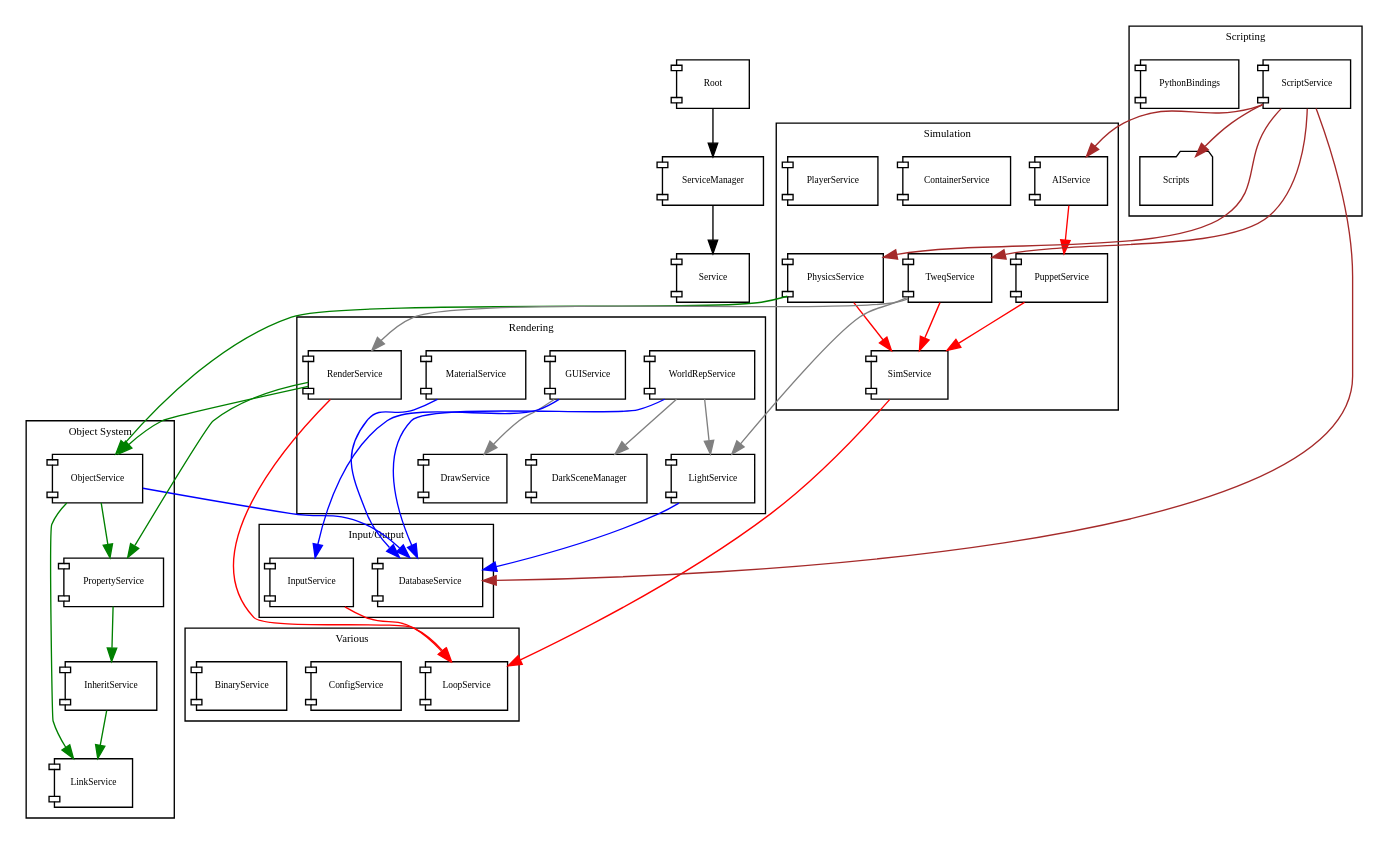
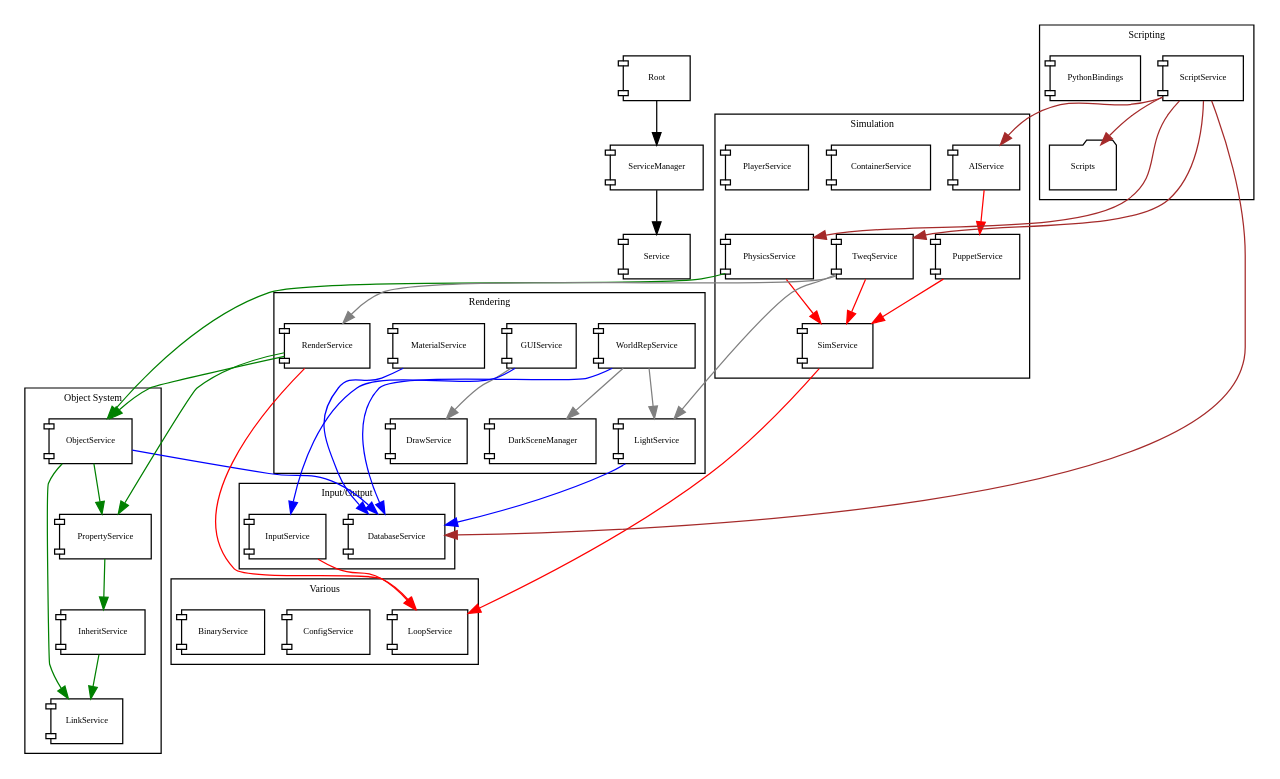
One commit to volca02/openDarkEngine changed the diagram in doc/src/overview.dot. Above: the diagram before and after it, drawn with Graphviz. The commit also changed 3 other files, not shown here.

```diff
--- a/doc/src/overview.dot
+++ b/doc/src/overview.dot
@@ -1,149 +1,150 @@
 digraph G {
 	fontname = "Bitstream Vera Sans"
 	fontsize = 8
+	size = "13,13"
 	
 	node [
 		fontname = "Bitstream Vera Sans"
 		fontsize = 7
 		shape = "component"	
 	]
 	
 	edge [
 		fontname = "Bitstream Vera Sans"
 		fontsize = 7
 	]
 	
 	Root [
 		label = "Root"
 	]
 		
 	ServiceManager [
 		label = "ServiceManager"
 	]
 		
 	Service [
 		label = "Service"
 	]	
 	
 		
 	subgraph clusterObjSys {
 		label = "Object System"
 		
 		ObjectService 
 		PropertyService
 		LinkService
 		InheritService
 	}
 	
 	subgraph clusterRender {
 		label = "Rendering"
 		
 		RenderService
 		WorldRepService
 		LightService
 		MaterialService
 		DarkSceneManager
 		GUIService
 		DrawService
 	}
 	
 	subgraph clusterIO {
 		label = "Input/Output"
 		
 		DatabaseService
 		InputService
 	}
 	
 	subgraph clusterSim {
 		label = "Simulation"
 		
 		PhysicsService
 		TweqService
 		PuppetService
 		AIService
 		ContainerService
 		PlayerService
 		SimService
 	}
 
 	subgraph clusterScripting {
 		label = "Scripting"
 		
 		ScriptService
 		PythonBindings
 		Scripts [
 			label = "Scripts"
 			shape = "folder"
 		]
 		
 	}
 	
 	subgraph clusterVarious {
 		label = "Various"
 	
 		LoopService
 		ConfigService
 		BinaryService
 	}
 	
 	Root -> ServiceManager
 	ServiceManager -> Service
 
 	edge [
 		color = "gray"
 	]
 
 
 	WorldRepService -> DarkSceneManager
 	
 	TweqService -> RenderService
 	TweqService -> LightService
 	
 	GUIService -> DrawService
 	
 	WorldRepService -> LightService
 
 	edge [
 		color = "red"
 	]
 	
 	SimService -> LoopService
 	PuppetService -> SimService
 	TweqService -> SimService
 	PhysicsService -> SimService
 	RenderService -> LoopService
 	InputService -> LoopService
 	AIService -> PuppetService
 
 	edge [
 		color = "green"
 	]
 
 	RenderService -> PropertyService
 	RenderService -> ObjectService
 	PhysicsService -> ObjectService
 	ObjectService -> PropertyService
 	ObjectService -> LinkService
 	InheritService -> LinkService
 	PropertyService -> InheritService
 
 	edge [
 		color = "blue"
 	]
 	
 	ObjectService -> DatabaseService
 	WorldRepService -> DatabaseService
 	LightService -> DatabaseService
 	MaterialService -> DatabaseService
 	GUIService -> InputService
 	
 	edge [
 		color = "brown"
 	]
 	
 	ScriptService -> Scripts
 	ScriptService -> PhysicsService 
 	ScriptService -> TweqService
 	ScriptService -> AIService
 	ScriptService -> DatabaseService
 }
```
